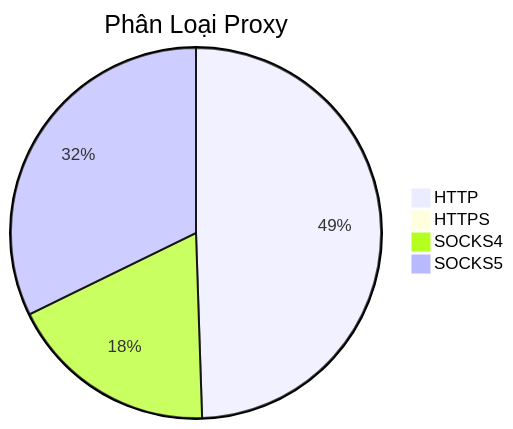
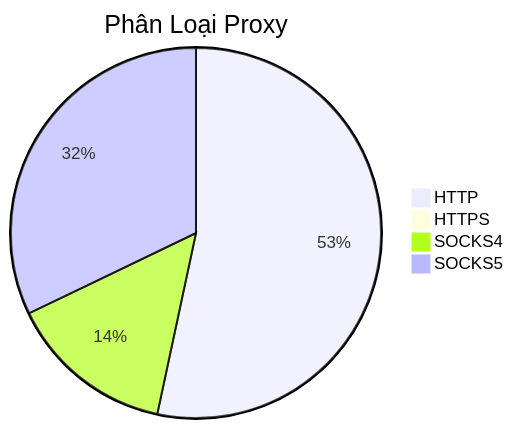
The diagram in README.md (Ciara-Aa/PROXY-free), drawn with Mermaid before and after one commit. The commit also changed other lines of this file and 4 other files, not shown here.

````diff
--- a/README.md
+++ b/README.md
@@ -26,7 +26,7 @@
 ```mermaid
 pie title Phân Loại Proxy
-    "HTTP" : 376
+    "HTTP" : 342
     "HTTPS" : 3
-    "SOCKS4" : 139
-    "SOCKS5" : 245
+    "SOCKS4" : 93
+    "SOCKS5" : 206
 ```
````
